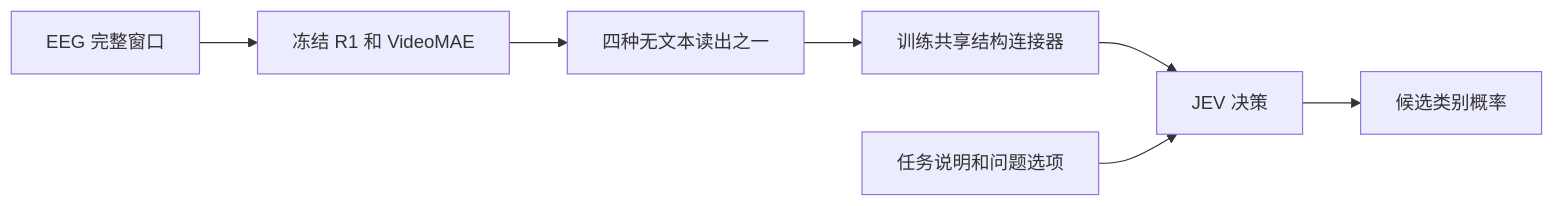
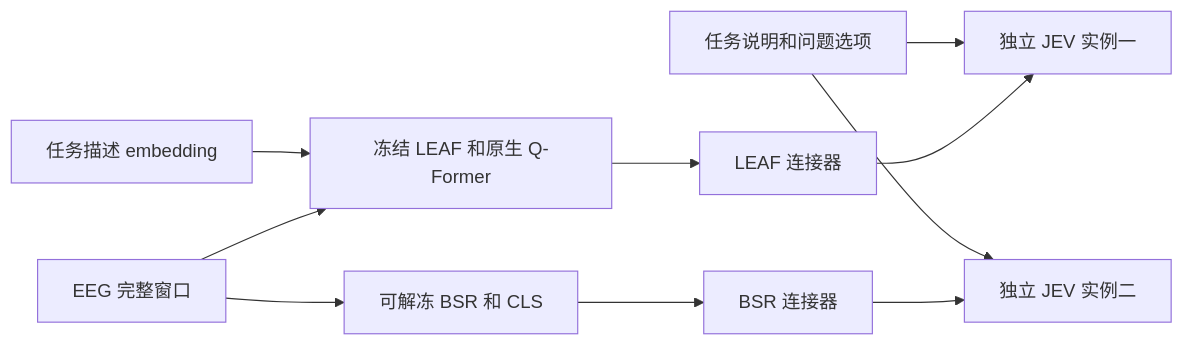
One commit to codezcx/laya changed the diagram in docs/PROTOCOL.md. Above: the diagram before and after it, drawn with Mermaid. The commit also changed other lines of this file and 24 other files, not shown here.

Commit message:
Run frozen LEAF and unfrozen BSR controls with paper SEED trial splits

````diff
--- a/docs/PROTOCOL.md
+++ b/docs/PROTOCOL.md
@@ -17,11 +28,14 @@
 ```mermaid
 flowchart LR
-    accTitle: Single text entry EEG decision
-    accDescr: Frozen BSR maps EEG to patch tokens. One of four readouts feeds a shared connector, while all task text enters only JEV.
-    eeg_input[EEG 完整窗口] --> frozen_bsr[冻结 R1 和 VideoMAE]
-    frozen_bsr --> readout[四种无文本读出之一]
-    readout --> connector[训练共享结构连接器]
-    connector --> jev_decision[JEV 决策]
-    task_text[任务说明和问题选项] --> jev_decision
-    jev_decision --> choice_output[候选类别概率]
+    accTitle: EEG encoder adaptation controls
+    accDescr: Two independent models share locked data and JEV initialization. LEAF remains frozen and task conditioned; BSR learns its forward path after bridge warmup.
+    eeg_input[EEG 完整窗口] --> leaf_encoder[冻结 LEAF 和原生 Q-Former]
+    eeg_input --> bsr_encoder[可解冻 BSR 和 CLS]
+    leaf_text[任务描述 embedding] --> leaf_encoder
+    leaf_encoder --> leaf_bridge[LEAF 连接器]
+    bsr_encoder --> bsr_bridge[BSR 连接器]
+    leaf_bridge --> leaf_jev[独立 JEV 实例一]
+    bsr_bridge --> bsr_jev[独立 JEV 实例二]
+    task_prompt[任务说明和问题选项] --> leaf_jev
+    task_prompt --> bsr_jev
 ```
````
